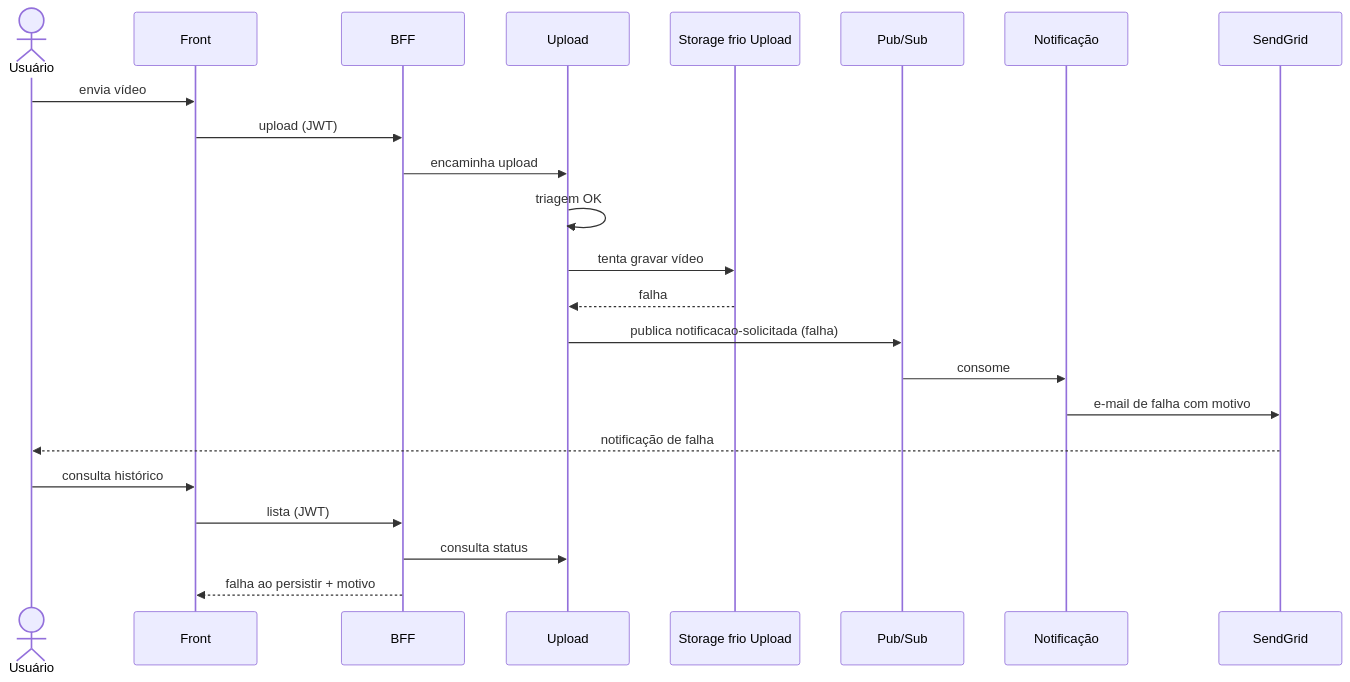
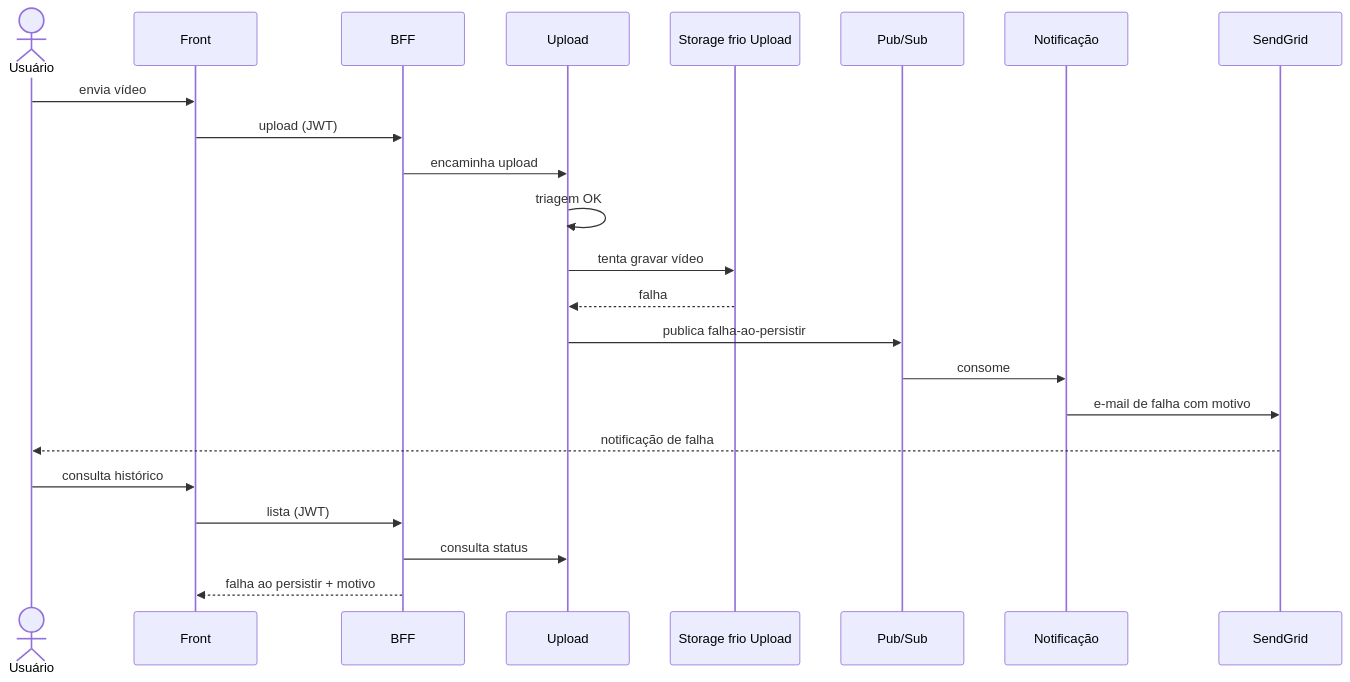
The diagram in fluxo-e-estados/04_falha-ao-persistir.md (fiap-x-vcosta/docs), drawn with Mermaid before and after one commit. The commit also changed 15 other files, not shown here.

````diff
--- a/fluxo-e-estados/04_falha-ao-persistir.md
+++ b/fluxo-e-estados/04_falha-ao-persistir.md
@@ -1,26 +1,26 @@
 ```mermaid
 sequenceDiagram
   actor U as Usuário
   participant Web as Front
   participant BFF as BFF
   participant Up as Upload
   participant FrioUp as Storage frio Upload
   participant Bus as Pub/Sub
   participant Notif as Notificação
   participant SG as SendGrid
 
   U->>Web: envia vídeo
   Web->>BFF: upload (JWT)
   BFF->>Up: encaminha upload
   Up->>Up: triagem OK
   Up->>FrioUp: tenta gravar vídeo
   FrioUp-->>Up: falha
-  Up->>Bus: publica notificacao-solicitada (falha)
+  Up->>Bus: publica falha-ao-persistir
   Bus->>Notif: consome
   Notif->>SG: e-mail de falha com motivo
   SG-->>U: notificação de falha
   U->>Web: consulta histórico
   Web->>BFF: lista (JWT)
   BFF->>Up: consulta status
   BFF-->>Web: falha ao persistir + motivo
 ```
````
